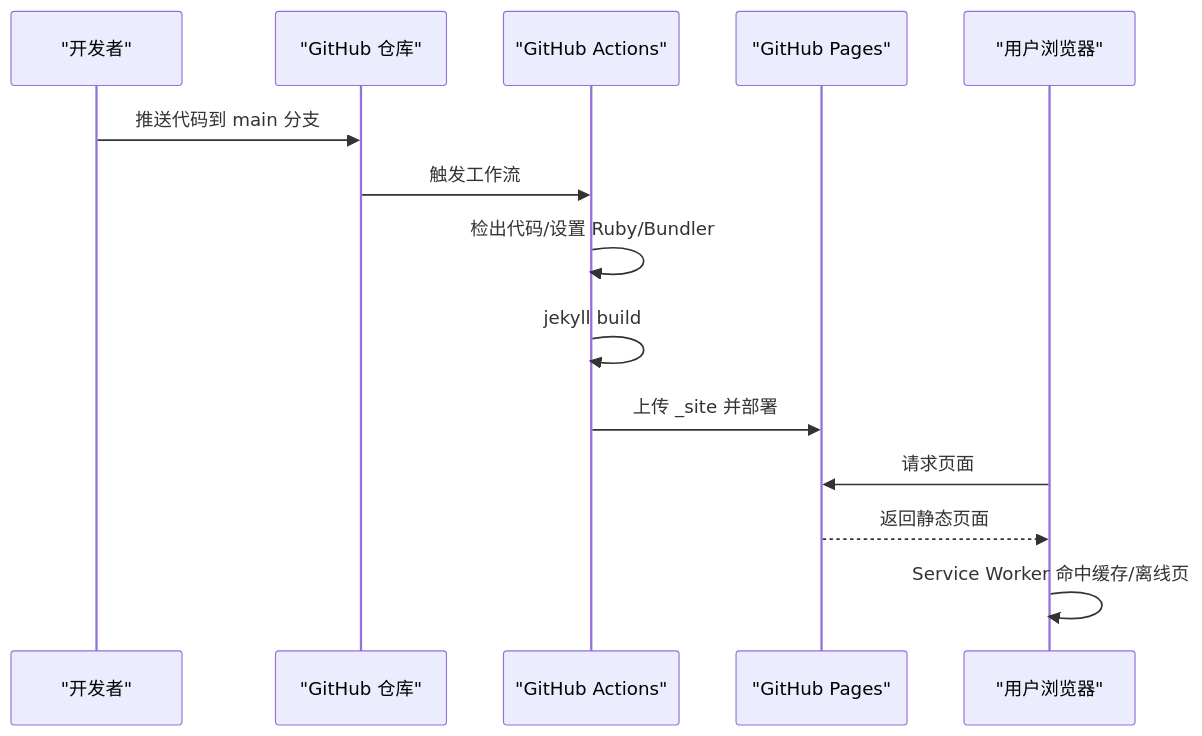
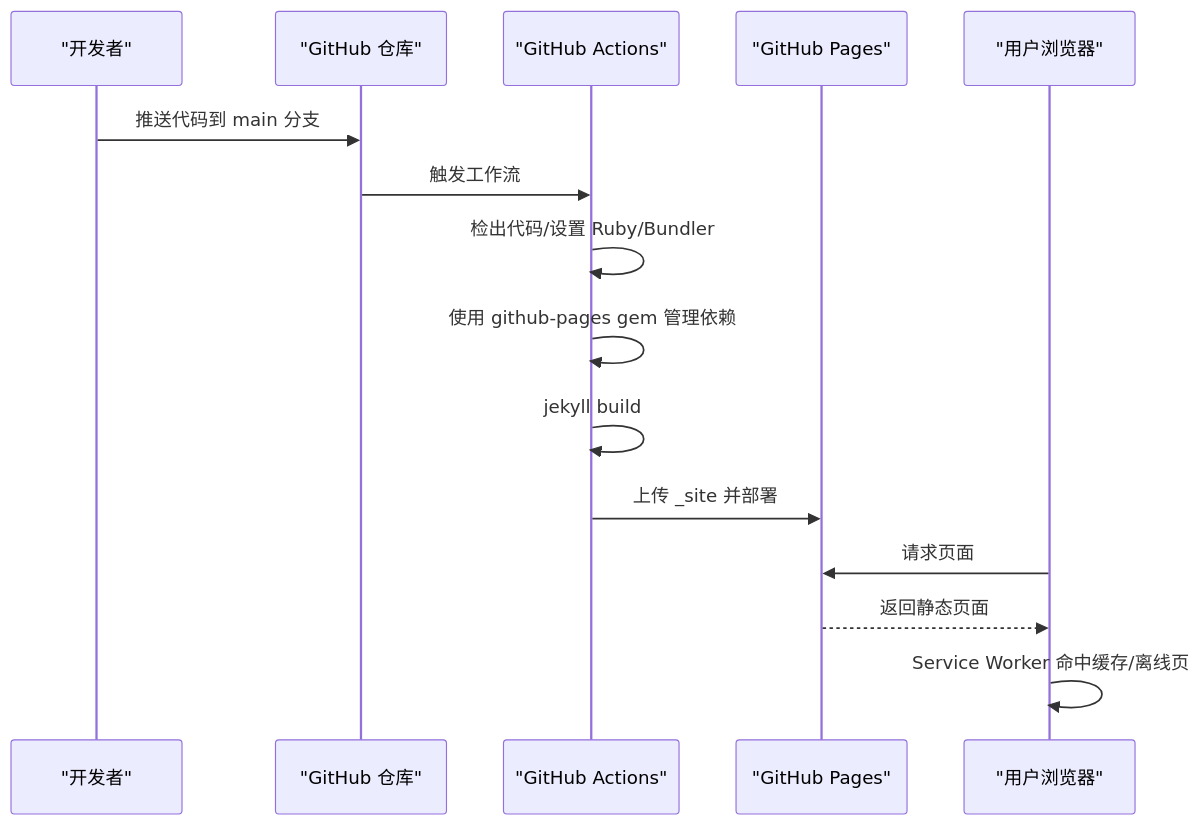
The second of 4 diagrams in .qoder/repowiki/zh/content/部署与维护.md (halfism/halfism.github.io), drawn with Mermaid before and after one commit. The commit also changed other lines of this file and 1 other file, not shown here.

````diff
--- a/.qoder/repowiki/zh/content/部署与维护.md
+++ b/.qoder/repowiki/zh/content/部署与维护.md
@@ -83,16 +97,17 @@
 ```mermaid
 sequenceDiagram
 participant Dev as "开发者"
 participant GH as "GitHub 仓库"
 participant CI as "GitHub Actions"
 participant JP as "GitHub Pages"
 participant U as "用户浏览器"
 Dev->>GH : 推送代码到 main 分支
 GH->>CI : 触发工作流
 CI->>CI : 检出代码/设置 Ruby/Bundler
+CI->>CI : 使用 github-pages gem 管理依赖
 CI->>CI : jekyll build
 CI->>JP : 上传 _site 并部署
 U->>JP : 请求页面
 JP-->>U : 返回静态页面
 U->>U : Service Worker 命中缓存/离线页
 ```
````
